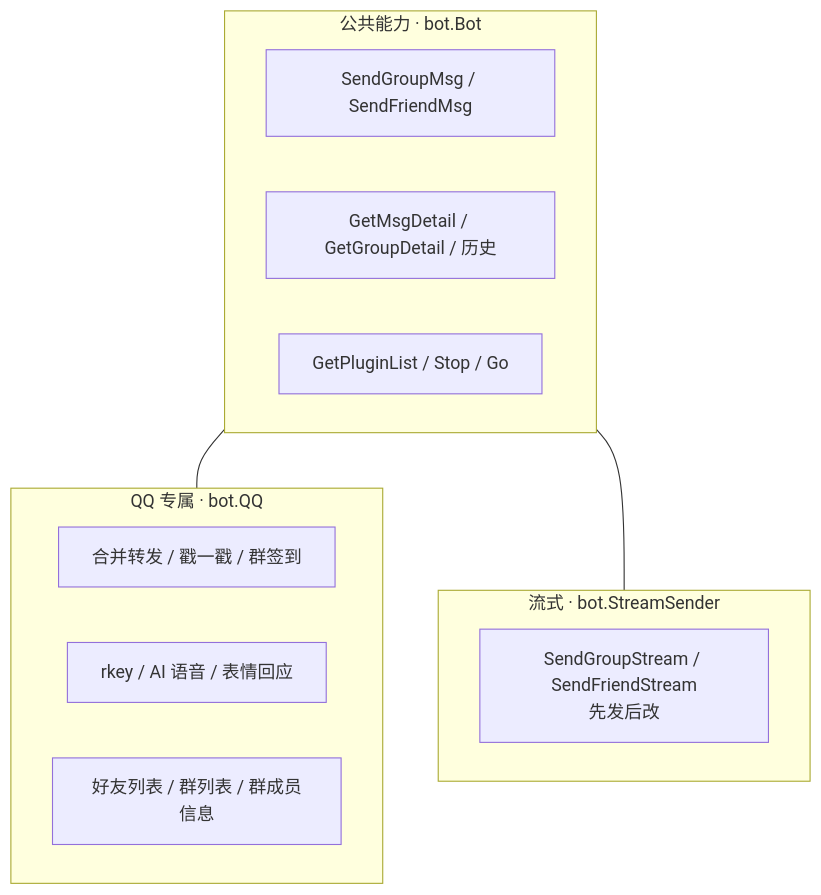
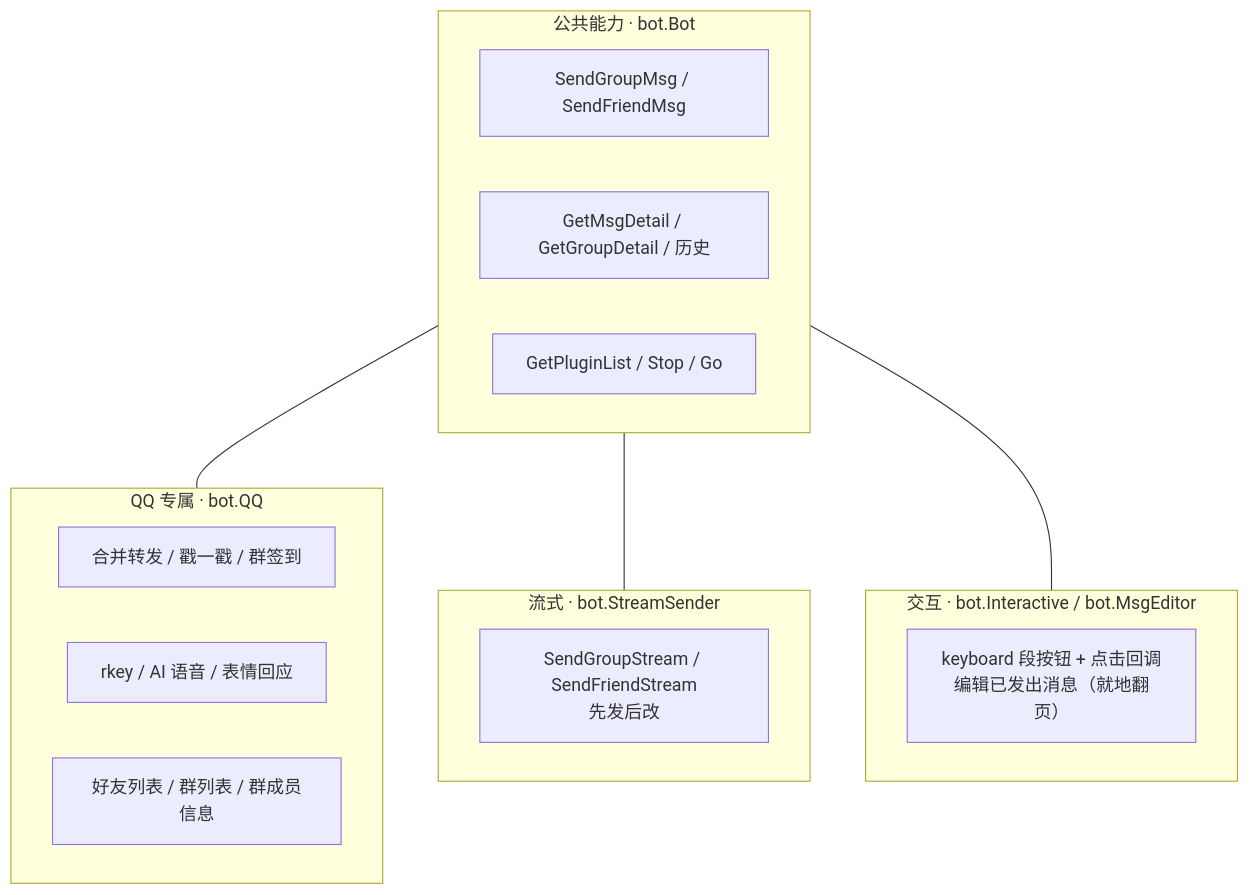
Before and after one commit to jeanhua/AniaBot: the second of 4 diagrams in docs/internals/framework.md, drawn with Mermaid. The commit also changed other lines of this file and 22 other files, not shown here.

````diff
--- a/docs/internals/framework.md
+++ b/docs/internals/framework.md
@@ -75,18 +75,22 @@
 ```mermaid
 flowchart TB
     subgraph Base[公共能力 · bot.Bot]
         Send[SendGroupMsg / SendFriendMsg]
         Get[GetMsgDetail / GetGroupDetail / 历史]
         Sys[GetPluginList / Stop / Go]
     end
     subgraph QQ[QQ 专属 · bot.QQ]
         Q1[合并转发 / 戳一戳 / 群签到]
         Q2[rkey / AI 语音 / 表情回应]
         Q3[好友列表 / 群列表 / 群成员信息]
     end
     subgraph Stream[流式 · bot.StreamSender]
         S1[SendGroupStream / SendFriendStream<br/>先发后改]
     end
+    subgraph Interactive[交互 · bot.Interactive / bot.MsgEditor]
+        I1[keyboard 段按钮 + 点击回调<br/>编辑已发出消息（就地翻页）]
+    end
     Base --- QQ
     Base --- Stream
+    Base --- Interactive
 ```
````
